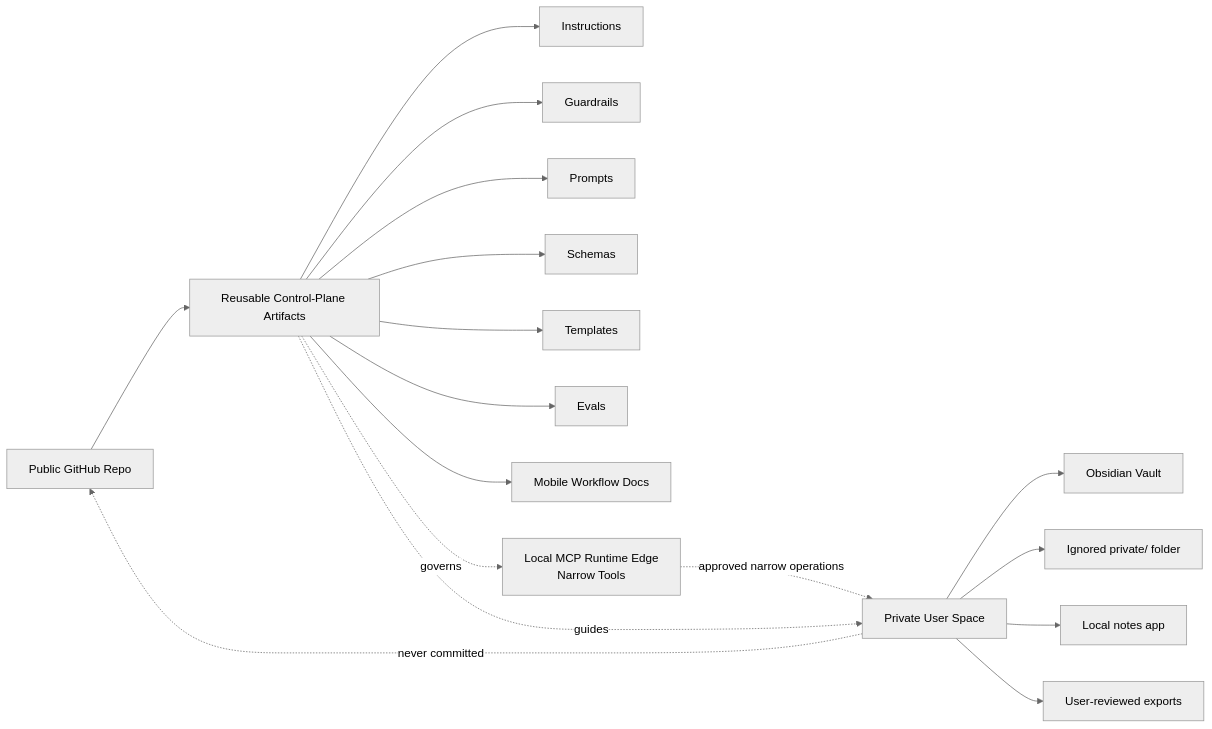
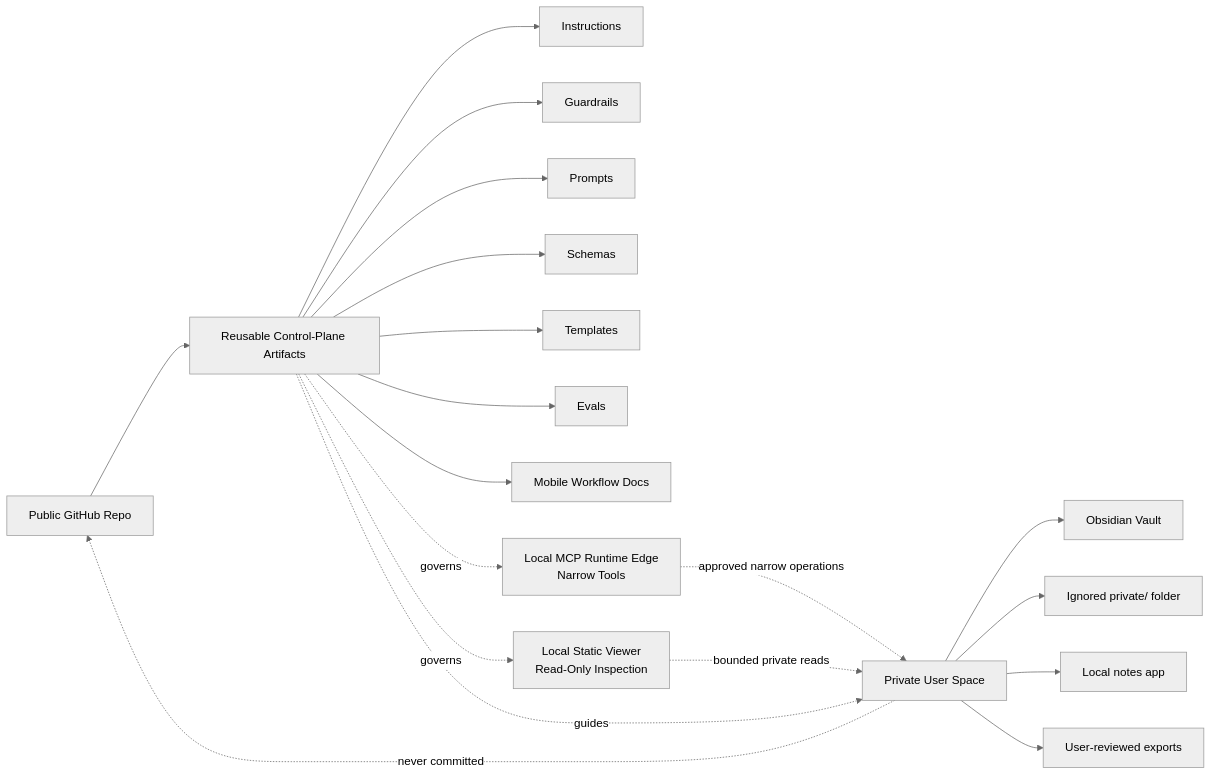
Before and after one commit to ElvinMorales/journal-agent: the diagram in docs/architecture.md, drawn with Mermaid (neutral theme). The commit also changed other lines of this file and 14 other files, not shown here.

````diff
--- a/docs/architecture.md
+++ b/docs/architecture.md
@@ -13,22 +13,24 @@
 ```mermaid
 flowchart LR
     A[Public GitHub Repo] --> B[Reusable Control-Plane Artifacts]
     B --> B1[Instructions]
     B --> B2[Guardrails]
     B --> B3[Prompts]
     B --> B4[Schemas]
     B --> B5[Templates]
     B --> B6[Evals]
     B --> B7[Mobile Workflow Docs]
 
     C[Private User Space] --> C1[Obsidian Vault]
     C --> C2[Ignored private/ folder]
     C --> C3[Local notes app]
     C --> C4[User-reviewed exports]
 
     D[Local MCP Runtime Edge<br/>Narrow Tools] -. approved narrow operations .-> C
+    E[Local Static Viewer<br/>Read-Only Inspection] -. bounded private reads .-> C
     B -. governs .-> D
+    B -. governs .-> E
 
     B -. guides .-> C
     C -. never committed .-> A
 ```
````
